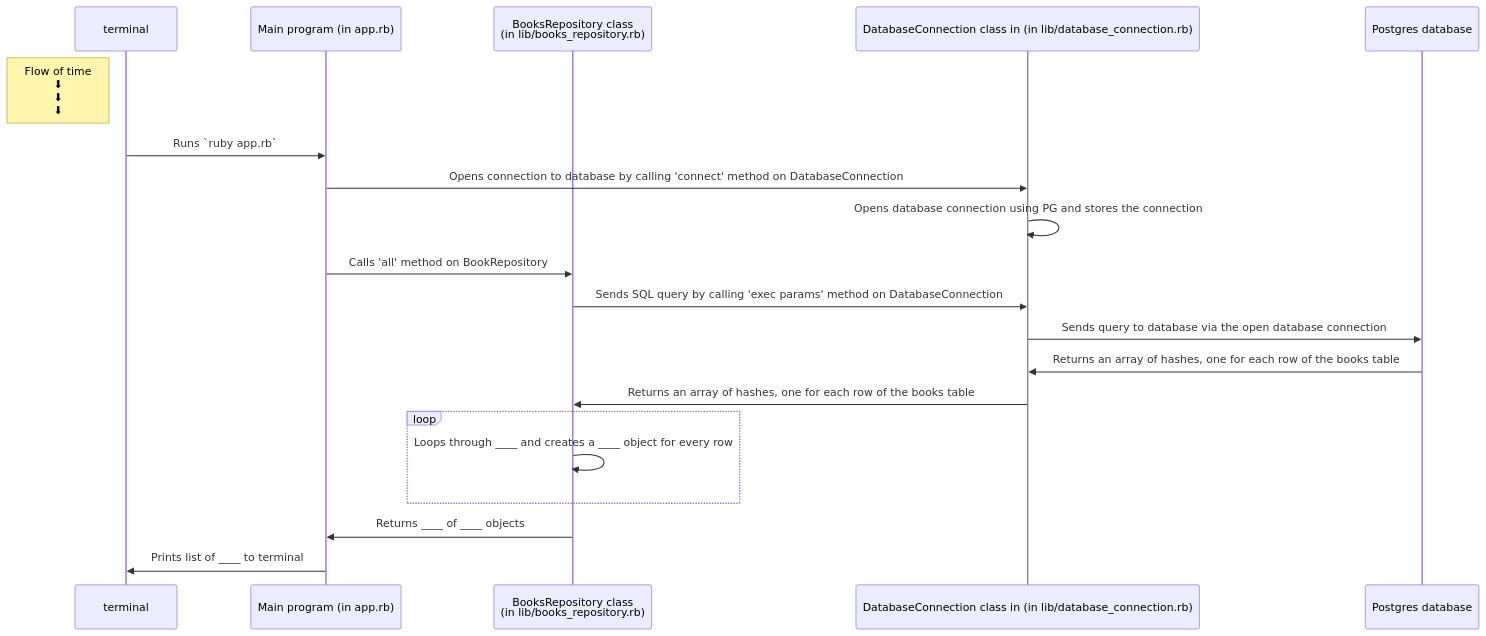
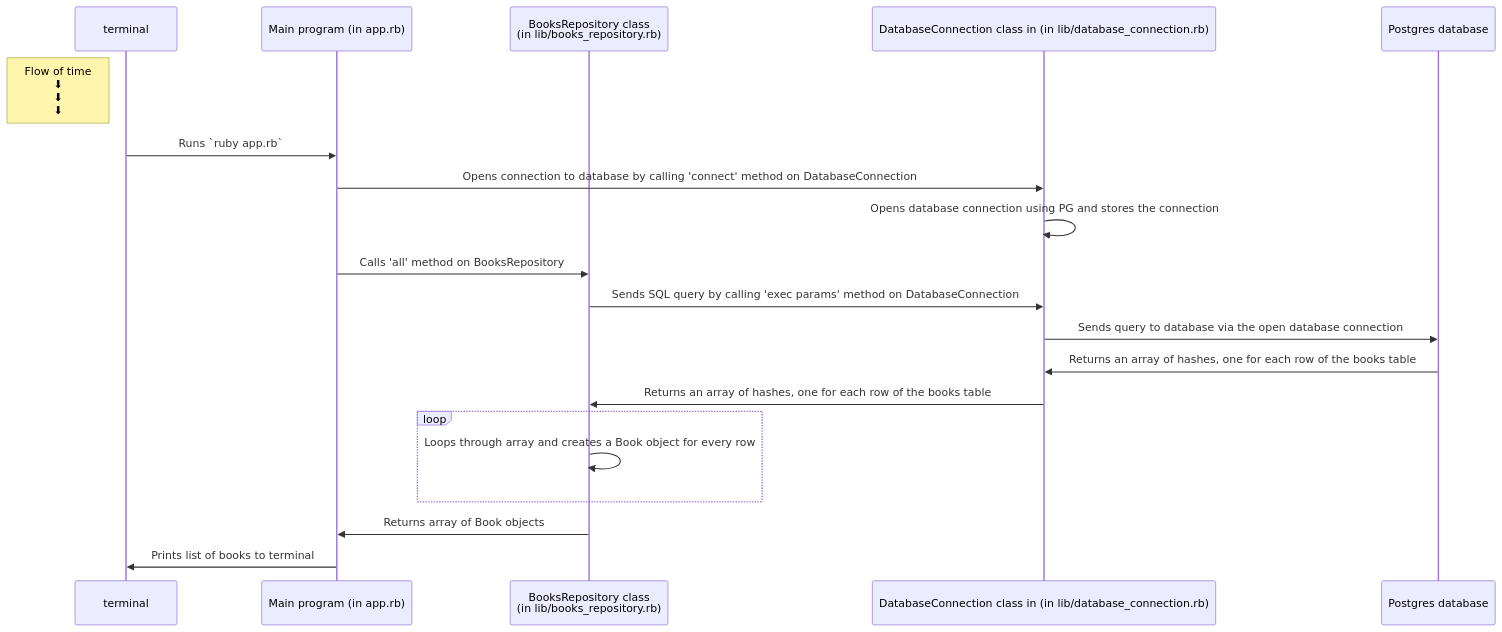
The diagram in diagrams/challege.md (oanapintoiu/Project-PSQL), drawn with Mermaid before and after one commit.

Commit message:
step 3 challenge complete

````diff
--- a/diagrams/challege.md
+++ b/diagrams/challege.md
@@ -15,26 +15,26 @@
 ```mermaid
 sequenceDiagram
     participant t as terminal
     participant app as Main program (in app.rb)
     participant ar as BooksRepository class <br /> (in lib/books_repository.rb)
     participant db_conn as DatabaseConnection class in (in lib/database_connection.rb)
     participant db as Postgres database
 
     Note left of t: Flow of time <br />⬇ <br /> ⬇ <br /> ⬇ 
 
     t->>app: Runs `ruby app.rb`
     app->>db_conn: Opens connection to database by calling 'connect' method on DatabaseConnection
     db_conn->>db_conn: Opens database connection using PG and stores the connection
-    app->>ar: Calls 'all' method on BookRepository
+    app->>ar: Calls 'all' method on BooksRepository
     ar->>db_conn: Sends SQL query by calling 'exec params' method on DatabaseConnection
     db_conn->>db: Sends query to database via the open database connection
     db->>db_conn: Returns an array of hashes, one for each row of the books table
 
     db_conn->>ar: Returns an array of hashes, one for each row of the books table
     loop 
-        ar->>ar: Loops through ____ and creates a ____ object for every row
+        ar->>ar: Loops through array and creates a Book object for every row
     end
-    ar->>app: Returns ____ of ____ objects
-    app->>t: Prints list of ____ to terminal
+    ar->>app: Returns array of Book objects
+    app->>t: Prints list of books to terminal
 
 ```
````
